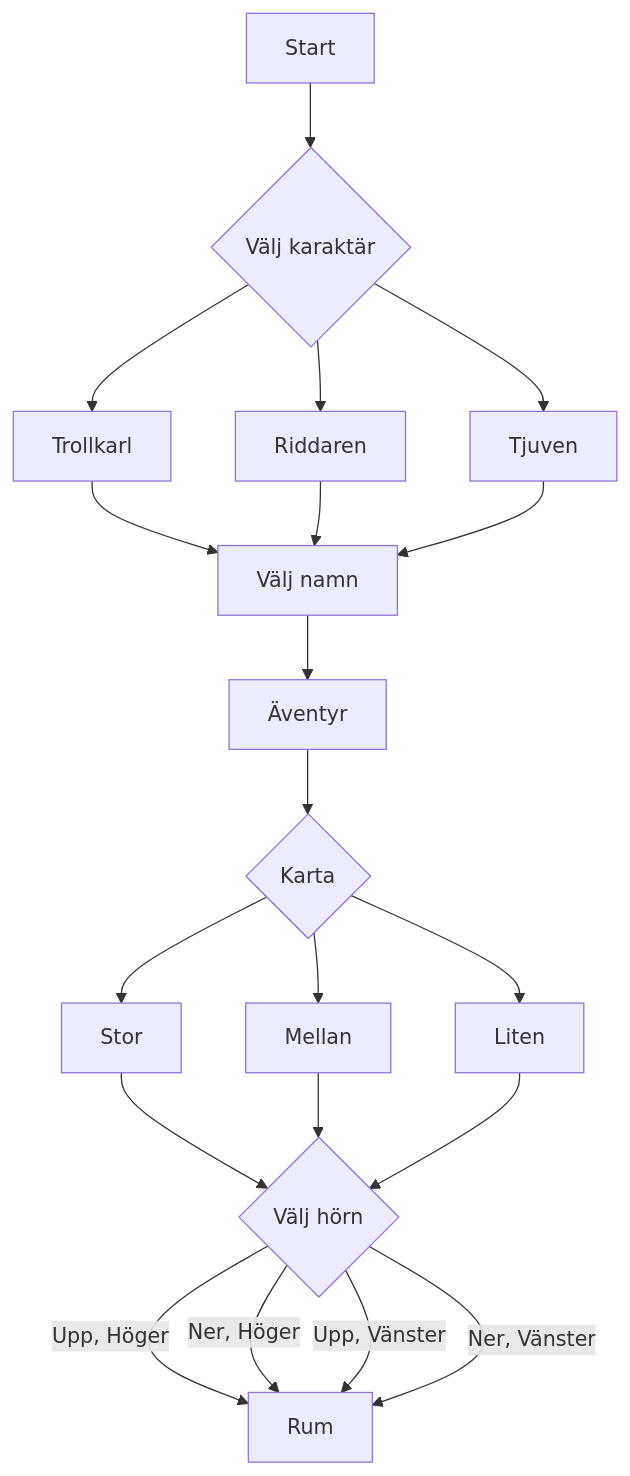
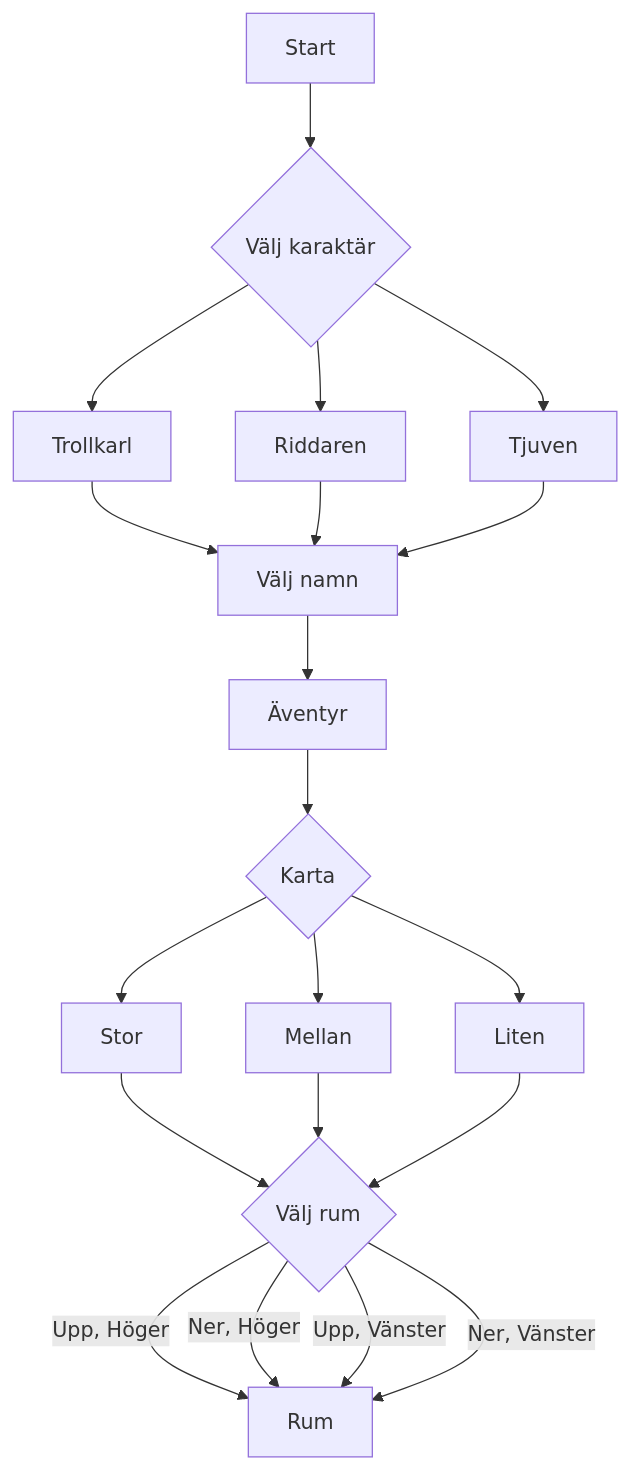
Before and after one commit to MarioKhalaf/Lag-2: the diagram in sequence_diagram.md, drawn with Mermaid.

````diff
--- a/sequence_diagram.md
+++ b/sequence_diagram.md
@@ -1,25 +1,25 @@
 ```mermaid
 graph TD
     A[Start] -->B{Välj karaktär}
     B --> D[Trollkarl]
     B --> E[Riddaren]
     B --> F[Tjuven]
     D --> G[Välj namn]
     E --> G[Välj namn]
     F --> G[Välj namn]
     G --> H[Äventyr]
     H --> I{Karta}
     I --> J[Stor]
     I --> K[Mellan]
     I --> L[Liten]
-    J --> M{Välj hörn}
-    K --> M{Välj hörn}
-    L --> M{Välj hörn}
+    J --> M{Välj rum}
+    K --> M{Välj rum}
+    L --> M{Välj rum}
     M --> |Upp, Höger| N[Rum]
     M --> |Ner, Höger| N
     M --> |Upp, Vänster| N
     M --> |Ner, Vänster| N
     
     
     
 ```
````
